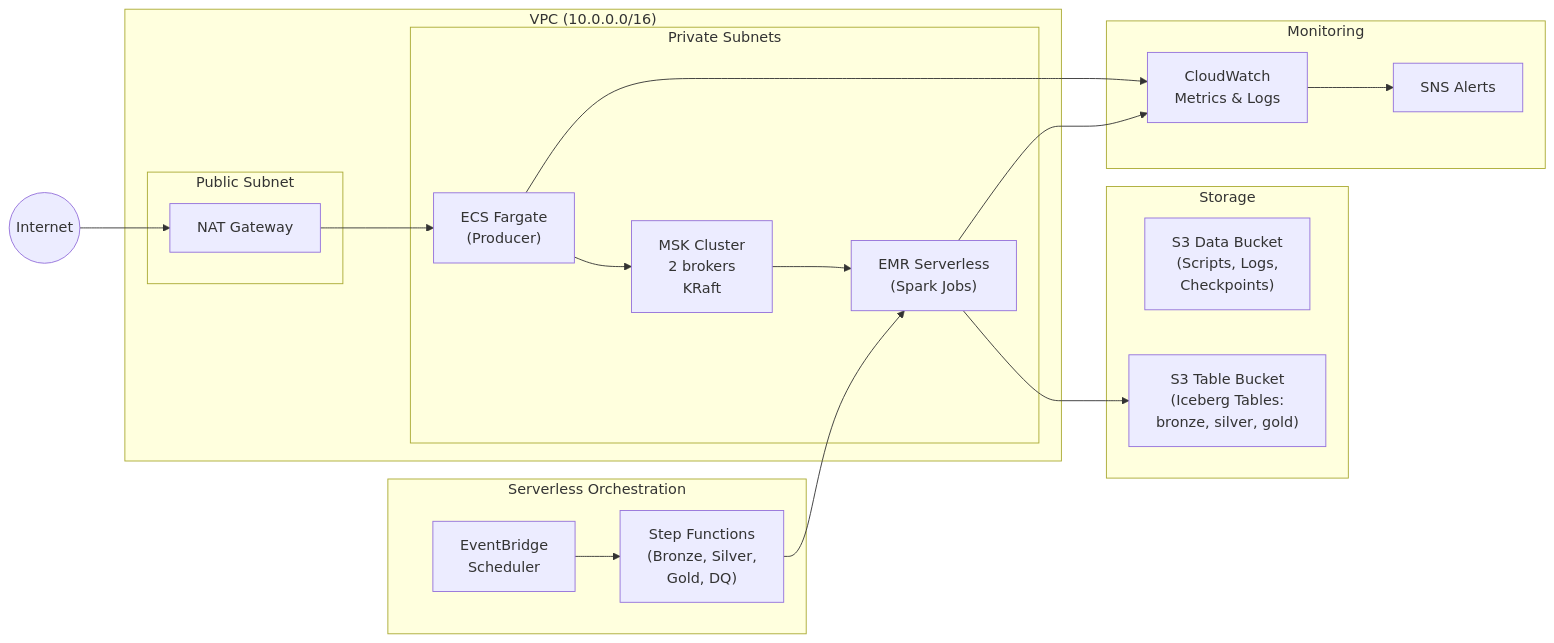
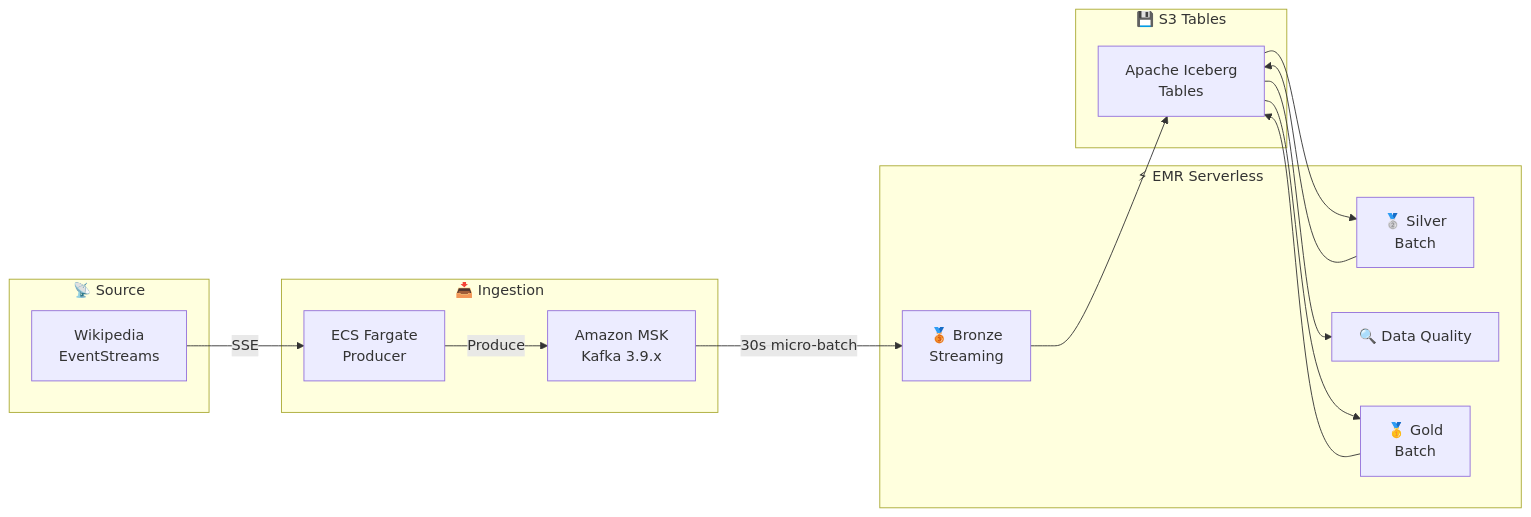
The first of 2 diagrams in README.md (mdshihabullah/wikistream-event-data-pipeline-aws), drawn with Mermaid before and after one commit. The commit also changed other lines of this file and 12 other files, not shown here.

Commit message:
For costeffective storage, s3table and bucket config update; update data processing config for reduce snapshots

````diff
--- a/README.md
+++ b/README.md
@@ -174,40 +64,32 @@
 ```mermaid
 flowchart LR
-    subgraph VPC["VPC (10.0.0.0/16)"]
-        subgraph Private["Private Subnets"]
-            ECS["ECS Fargate\n(Producer)"]
-            MSK["MSK Cluster\n2 brokers\nKRaft"]
-            EMRS["EMR Serverless\n(Spark Jobs)"]
-        end
-        
-        subgraph Public["Public Subnet"]
-            NAT["NAT Gateway"]
-        end
+    subgraph Sources["📡 Source"]
+        WM["Wikipedia<br/>EventStreams"]
     end
 
-    subgraph Storage["Storage"]
-        S3D["S3 Data Bucket\n(Scripts, Logs,\nCheckpoints)"]
-        S3T["S3 Table Bucket\n(Iceberg Tables:\nbronze, silver, gold)"]
+    subgraph Ingestion["📥 Ingestion"]
+        ECS["ECS Fargate<br/>Producer"]
+        MSK["Amazon MSK<br/>Kafka 3.9.x"]
     end
 
-    subgraph Compute["Serverless Orchestration"]
-        SFN["Step Functions\n(Bronze, Silver,\nGold, DQ)"]
-        EB["EventBridge\nScheduler"]
+    subgraph Processing["⚡ EMR Serverless"]
+        BRONZE["🥉 Bronze<br/>Streaming"]
+        SILVER["🥈 Silver<br/>Batch"]
+        DQ["🔍 Data Quality"]
+        GOLD["🥇 Gold<br/>Batch"]
     end
 
-    subgraph Monitoring["Monitoring"]
-        CW["CloudWatch\nMetrics & Logs"]
-        SNS["SNS Alerts"]
+    subgraph Storage["💾 S3 Tables"]
+        ICE["Apache Iceberg<br/>Tables"]
     end
 
-    Internet((Internet)) --> NAT
-    NAT --> ECS
-    ECS --> MSK
-    MSK --> EMRS
-    EMRS --> S3T
-    EB --> SFN
-    SFN --> EMRS
-    ECS --> CW
-    EMRS --> CW
-    CW --> SNS
+    WM -->|SSE| ECS
+    ECS -->|Produce| MSK
+    MSK -->|30s micro-batch| BRONZE
+    BRONZE --> ICE
+    ICE --> SILVER
+    SILVER --> ICE
+    ICE --> DQ
+    ICE --> GOLD
+    GOLD --> ICE
 ```
````
